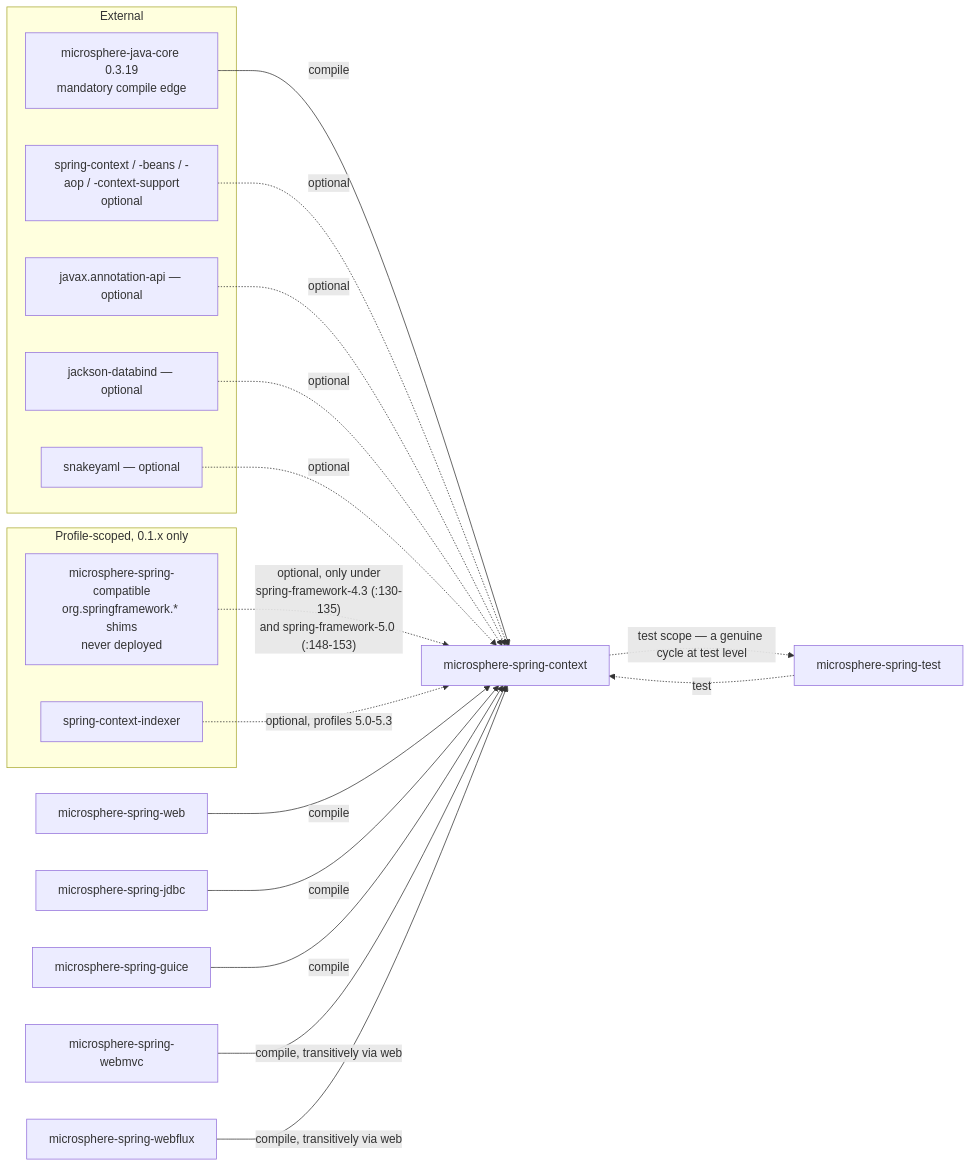
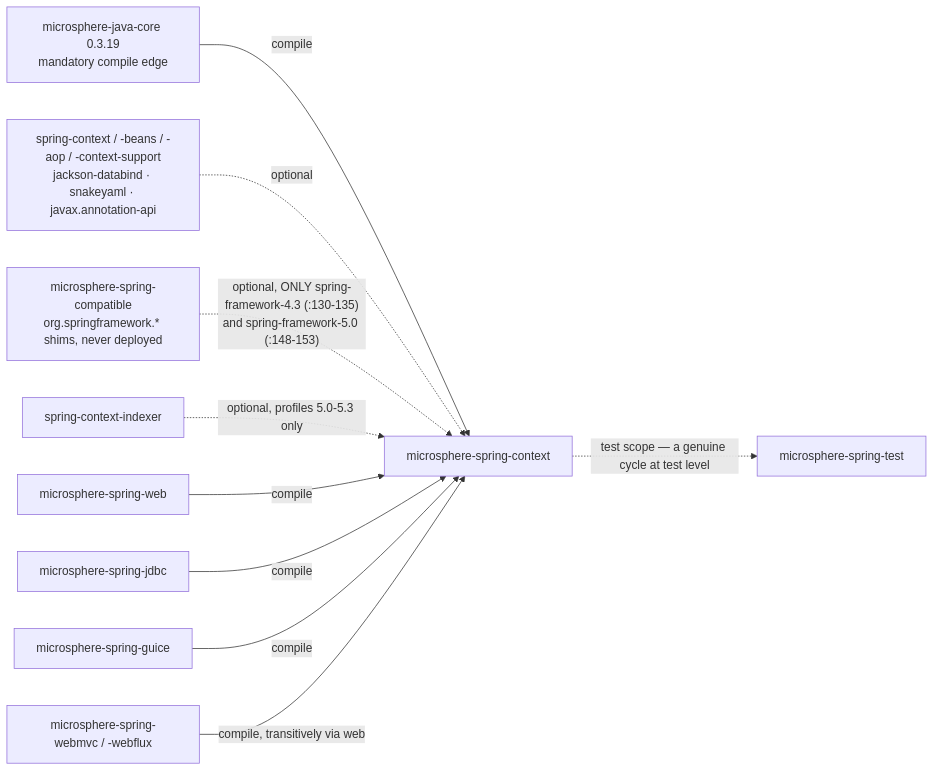
One commit to microsphere-projects/microsphere-spring changed the first of 3 diagrams in docs/developer-guide/1.x/context.md. Above: the diagram before and after it, drawn with Mermaid. The commit also changed other lines of this file and 55 other files, not shown here.

````diff
--- a/docs/developer-guide/1.x/context.md
+++ b/docs/developer-guide/1.x/context.md
@@ -44,28 +27,12 @@
 ```mermaid
 flowchart LR
-    subgraph EXT["External"]
-        CORE["microsphere-java-core 0.3.19<br/>mandatory compile edge"]
-        JAVAX["javax.annotation-api — optional"]
-        JACKSON["jackson-databind — optional"]
-        YAML["snakeyaml — optional"]
-        SF["spring-context / -beans / -aop / -context-support<br/>optional"]
-    end
-    subgraph PROFILES["Profile-scoped, 0.1.x only"]
-        CMP["microsphere-spring-compatible<br/>org.springframework.* shims<br/>never deployed"]
-        IDX["spring-context-indexer"]
-    end
-    CORE -->|compile| CTX["microsphere-spring-context"]
-    SF -.optional.-> CTX
-    JAVAX -.optional.-> CTX
-    JACKSON -.optional.-> CTX
-    YAML -.optional.-> CTX
-    CMP -. "optional, only under<br/>spring-framework-4.3 (:130-135)<br/>and spring-framework-5.0 (:148-153)" .-> CTX
-    IDX -. "optional, profiles 5.0-5.3" .-> CTX
+    CORE["microsphere-java-core 0.3.19<br/>mandatory compile edge"] -->|compile| CTX["microsphere-spring-context"]
+    SF["spring-context / -beans / -aop / -context-support<br/>jackson-databind · snakeyaml · javax.annotation-api"] -.optional.-> CTX
+    CMP["microsphere-spring-compatible<br/>org.springframework.* shims, never deployed"] -. "optional, ONLY spring-framework-4.3 (:130-135)<br/>and spring-framework-5.0 (:148-153)" .-> CTX
+    IDX["spring-context-indexer"] -. "optional, profiles 5.0-5.3 only" .-> CTX
     WEB["microsphere-spring-web"] -->|compile| CTX
     JDBC["microsphere-spring-jdbc"] -->|compile| CTX
     GUICE["microsphere-spring-guice"] -->|compile| CTX
-    MVC["microsphere-spring-webmvc"] -->|compile, transitively via web| CTX
-    FLX["microsphere-spring-webflux"] -->|compile, transitively via web| CTX
+    MVC["microsphere-spring-webmvc / -webflux"] -->|compile, transitively via web| CTX
     CTX -. "test scope — a genuine cycle at test level" .-> TEST["microsphere-spring-test"]
-    TEST -.test.-> CTX
 ```
````
